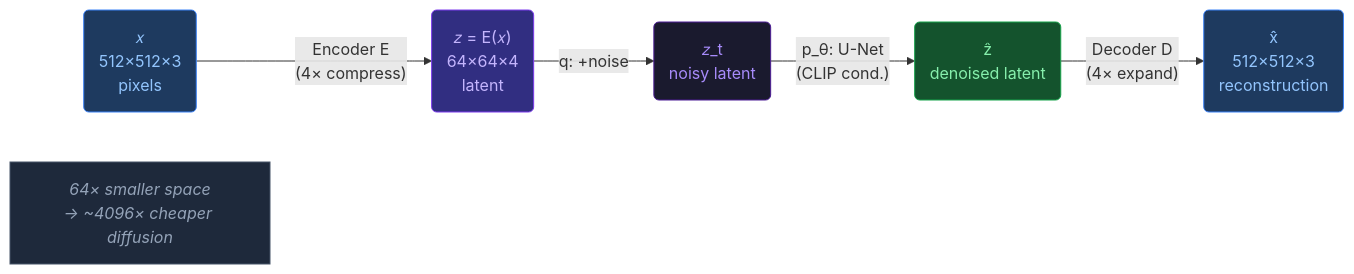
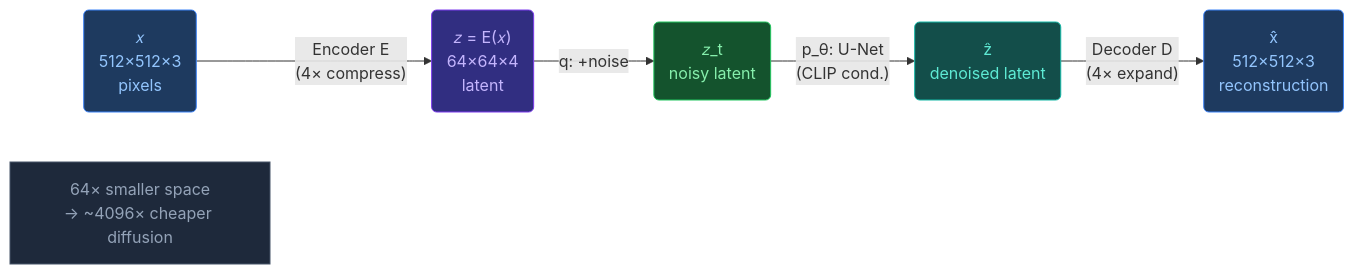
One commit to OlehVolkov/AlphaFold3-AIGen-KnowledgeBase changed the third of 8 diagrams in EN/1. AlphaFold3/1.2. Architecture/1.2.4. Diffusion Models — Theory and Applications.md. Above: the diagram before and after it, drawn with Mermaid. The commit also changed other lines of this file and 33 other files, not shown here.

Commit message:
Linting and fixes in diagrams

````diff
--- a/EN/1. AlphaFold3/1.2. Architecture/1.2.4. Diffusion Models — Theory and Applications.md
+++ b/EN/1. AlphaFold3/1.2. Architecture/1.2.4. Diffusion Models — Theory and Applications.md
@@ -119,21 +118,22 @@
 ```mermaid
 flowchart LR
-    x("𝑥<br/>512×512×3<br/>pixels"):::pixel
-    z("𝑧 = E(𝑥)<br/>64×64×4<br/>latent"):::latent
-    zt("𝑧_t<br/>noisy latent"):::noisy
-    zh("ẑ<br/>denoised latent"):::denoised
-    xh("x̂<br/>512×512×3<br/>reconstruction"):::pixel
+    x("𝑥<br/>512×512×3<br/>pixels"):::input
+    z("𝑧 = E(𝑥)<br/>64×64×4<br/>latent"):::trunk
+    zt("𝑧_t<br/>noisy latent"):::diffusion
+    zh("ẑ<br/>denoised latent"):::output
+    xh("x̂<br/>512×512×3<br/>reconstruction"):::input
 
     x -- "Encoder E<br/>(4× compress)" --> z
     z -- "q: +noise" --> zt
     zt -- "p_θ: U-Net<br/>(CLIP cond.)" --> zh
     zh -- "Decoder D<br/>(4× expand)" --> xh
 
-    note["64× smaller space<br/>→ ~4096× cheaper diffusion"]:::note
+    note["64× smaller space<br/>→ ~4096× cheaper diffusion"]:::neutral
 
-    classDef pixel    fill:#1e3a5f,stroke:#3b82f6,color:#93c5fd
-    classDef latent   fill:#312e81,stroke:#7c3aed,color:#c4b5fd
-    classDef noisy    fill:#1a1a2e,stroke:#4c1d95,color:#a78bfa
-    classDef denoised fill:#14532d,stroke:#16a34a,color:#86efac
-    classDef note     fill:#1e293b,stroke:#475569,color:#94a3b8,font-style:italic
+    classDef input fill:#1e3a5f,stroke:#3b82f6,color:#93c5fd
+    classDef trunk fill:#312e81,stroke:#7c3aed,color:#c4b5fd
+    classDef diffusion fill:#14532d,stroke:#22c55e,color:#86efac
+    classDef confidence fill:#7c2d12,stroke:#ea580c,color:#fdba74
+    classDef output fill:#134e4a,stroke:#14b8a6,color:#5eead4
+    classDef neutral fill:#1e293b,stroke:#475569,color:#94a3b8
 ```
````
